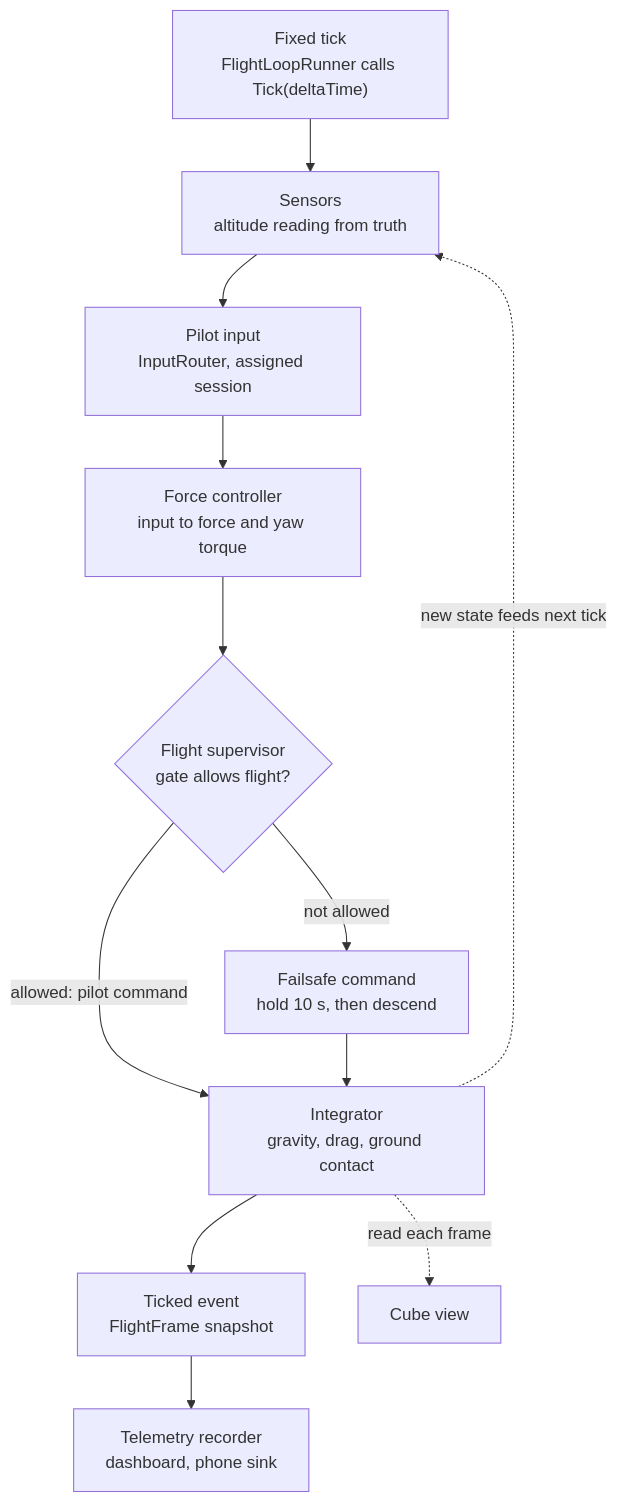
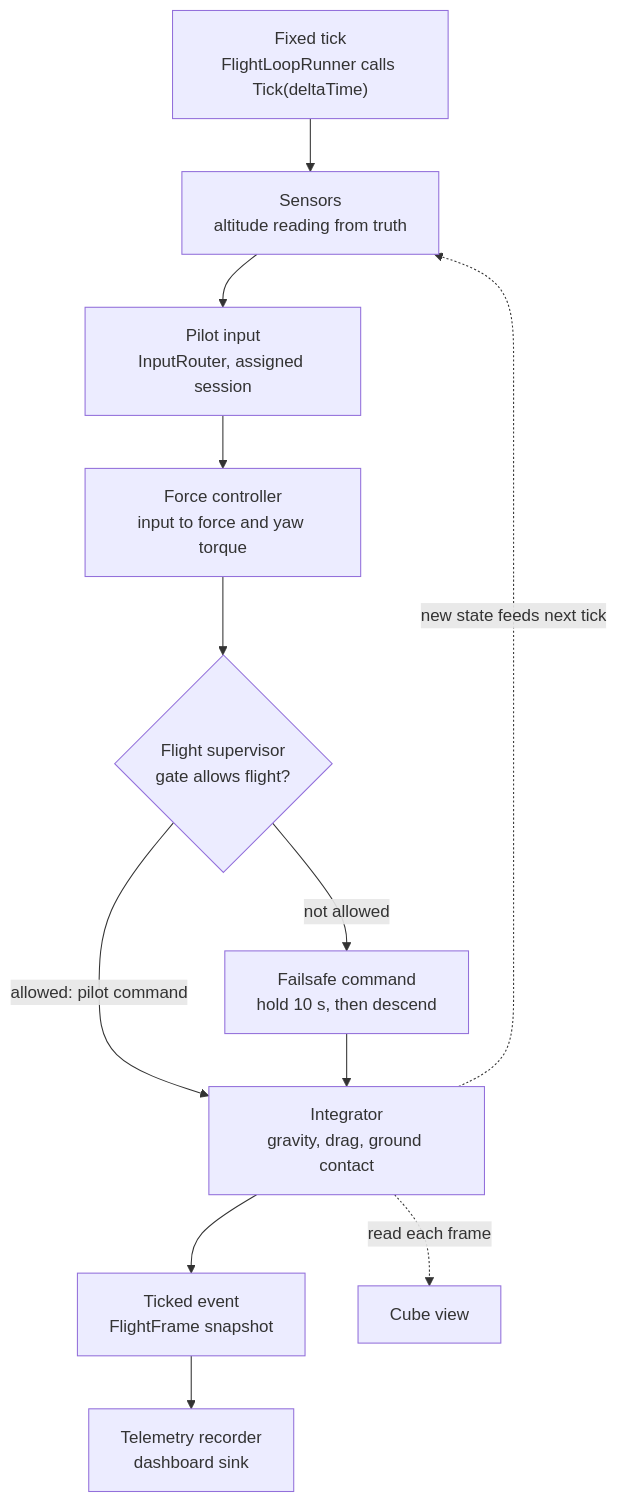
Before and after one commit to AlanKolic/DroneFlightModule: the second of 4 diagrams in Docs/Architecture.md, drawn with Mermaid. The commit also changed other lines of this file and 64 other files, not shown here.

````diff
--- a/Docs/Architecture.md
+++ b/Docs/Architecture.md
@@ -76,14 +69,14 @@
 ```mermaid
 flowchart TB
     Tick["Fixed tick<br/>FlightLoopRunner calls Tick(deltaTime)"] --> Sense["Sensors<br/>altitude reading from truth"]
     Sense --> Pilot["Pilot input<br/>InputRouter, assigned session"]
     Pilot --> Ctrl["Force controller<br/>input to force and yaw torque"]
     Ctrl --> Gate{"Flight supervisor<br/>gate allows flight?"}
     Gate -- allowed: pilot command --> Integ["Integrator<br/>gravity, drag, ground contact"]
     Gate -- not allowed --> Sup["Failsafe command<br/>hold 10 s, then descend"]
     Sup --> Integ
     Integ --> Ticked["Ticked event<br/>FlightFrame snapshot"]
     Integ -. new state feeds next tick .-> Sense
-    Ticked --> Tele["Telemetry recorder<br/>dashboard, phone sink"]
+    Ticked --> Tele["Telemetry recorder<br/>dashboard sink"]
     Integ -. read each frame .-> View["Cube view"]
 ```
````
